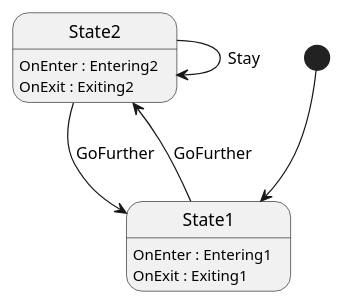
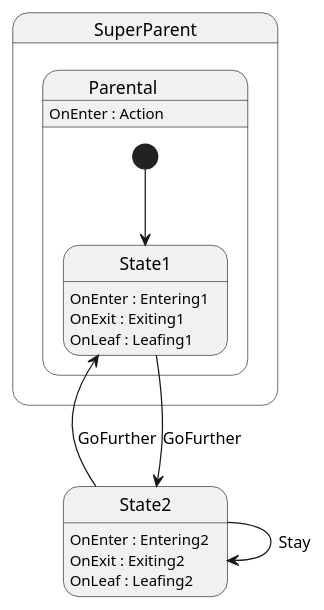
The diagram in fsmExamples/puml/exampleFSM.puml (pawelwojtowicz/fsmEngine), drawn with PlantUML before and after one commit. The commit also changed 5 other files, not shown here.

```diff
--- a/fsmExamples/puml/exampleFSM.puml
+++ b/fsmExamples/puml/exampleFSM.puml
@@ -1,14 +1,21 @@
 @startuml
+state SuperParent {
+Parental: OnEnter : Action
+}
+
+
+state Parental {
 [*] --> State1
+}
 State1 --> State2 : GoFurther
-
 State2 -> State2 : Stay
 
 State2 -> State1 : GoFurther
 
 State1 : OnEnter : Entering1
 State1 : OnExit : Exiting1
+State1 : OnLeaf : Leafing1
 State2 : OnEnter : Entering2
 State2 : OnExit : Exiting2
-
+State2 : OnLeaf : Leafing2
 @enduml
```
